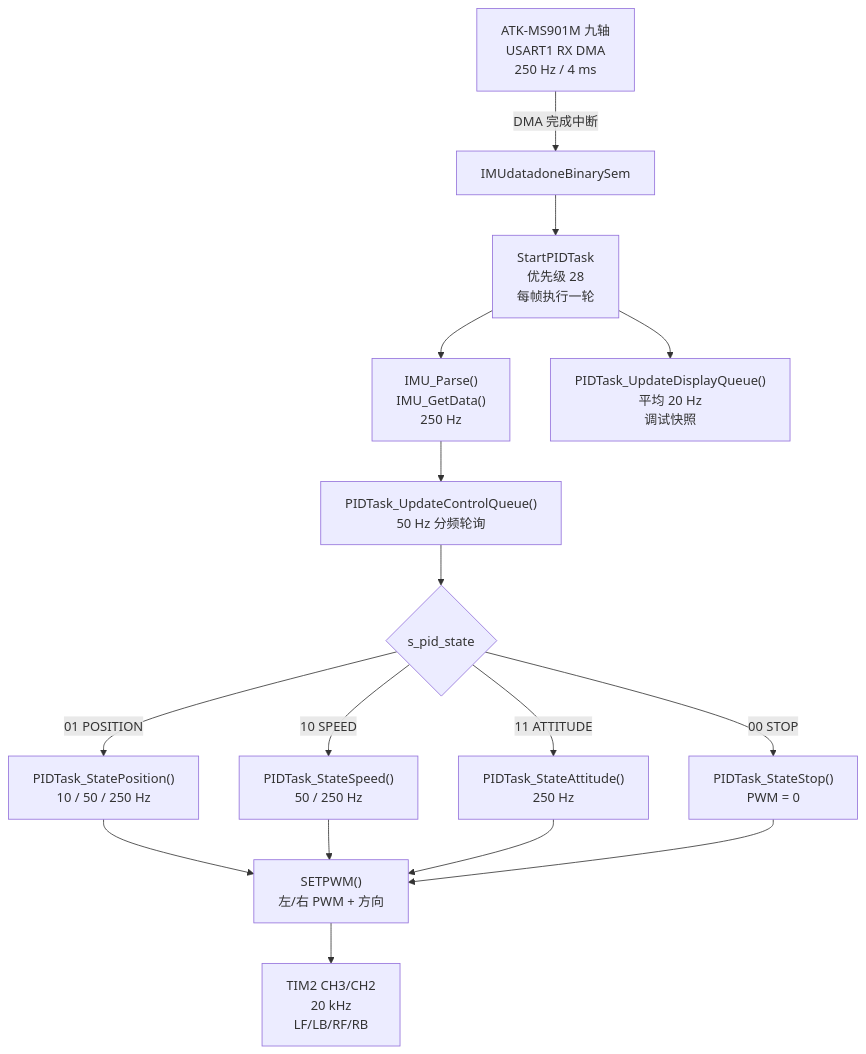
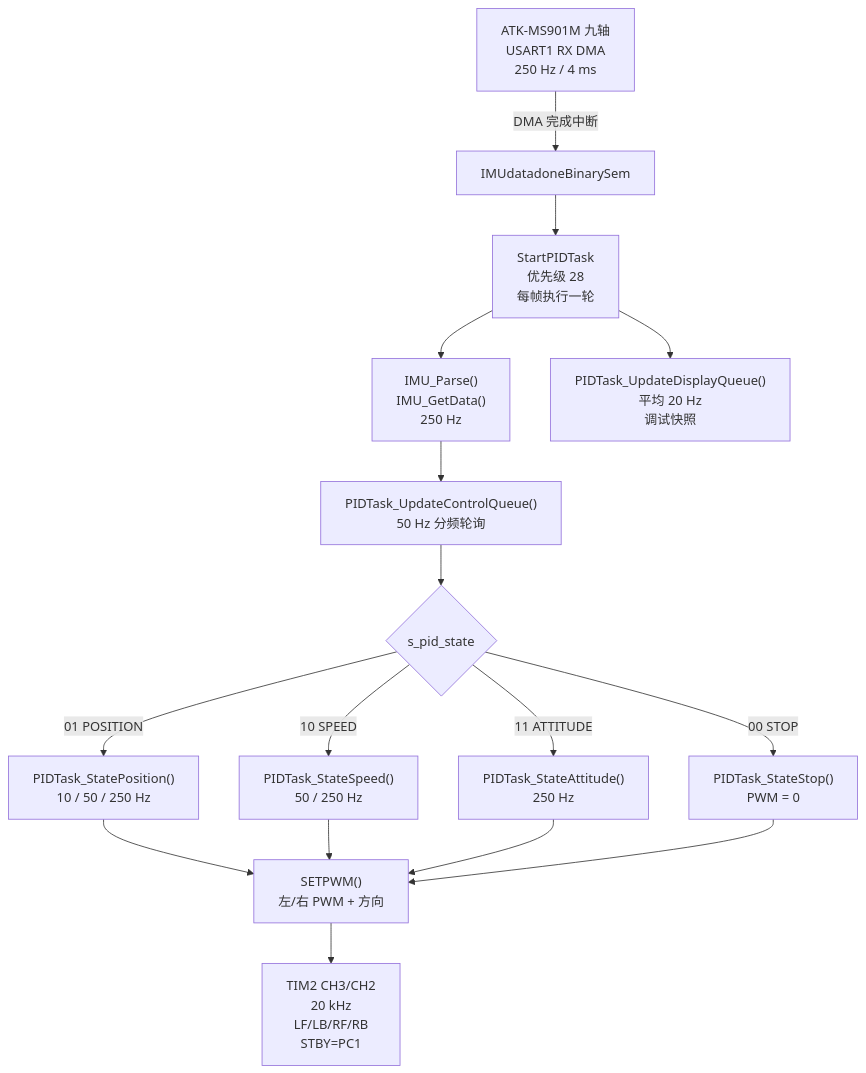
The first of 5 diagrams in prj/elet2026/tasks/PID_CONTROL_DIAGRAM.md (zitzengzit-png/CQUelectest2026), drawn with Mermaid before and after one commit. The commit also changed 8 other files, not shown here.

First line of the commit message:
feat: control motor STBY on PC1 in stop mode

````diff
--- a/prj/elet2026/tasks/PID_CONTROL_DIAGRAM.md
+++ b/prj/elet2026/tasks/PID_CONTROL_DIAGRAM.md
@@ -10,18 +10,18 @@
 ```mermaid
 flowchart TD
     IMU["ATK-MS901M 九轴<br/>USART1 RX DMA<br/>250 Hz / 4 ms"] -->|"DMA 完成中断"| SEM["IMUdatadoneBinarySem"]
     SEM --> PID["StartPIDTask<br/>优先级 28<br/>每帧执行一轮"]
     PID --> PARSE["IMU_Parse()<br/>IMU_GetData()<br/>250 Hz"]
     PARSE --> CQ["PIDTask_UpdateControlQueue()<br/>50 Hz 分频轮询"]
     CQ --> STATE{"s_pid_state"}
     STATE -->|"00 STOP"| STOP["PIDTask_StateStop()<br/>PWM = 0"]
     STATE -->|"01 POSITION"| POS["PIDTask_StatePosition()<br/>10 / 50 / 250 Hz"]
     STATE -->|"10 SPEED"| SPD["PIDTask_StateSpeed()<br/>50 / 250 Hz"]
     STATE -->|"11 ATTITUDE"| ATT["PIDTask_StateAttitude()<br/>250 Hz"]
     POS --> OUT["SETPWM()<br/>左/右 PWM + 方向"]
     SPD --> OUT
     ATT --> OUT
     STOP --> OUT
     PID --> LCD["PIDTask_UpdateDisplayQueue()<br/>平均 20 Hz<br/>调试快照"]
-    OUT --> MOTOR["TIM2 CH3/CH2<br/>20 kHz<br/>LF/LB/RF/RB"]
+    OUT --> MOTOR["TIM2 CH3/CH2<br/>20 kHz<br/>LF/LB/RF/RB<br/>STBY=PC1"]
 ```
````
